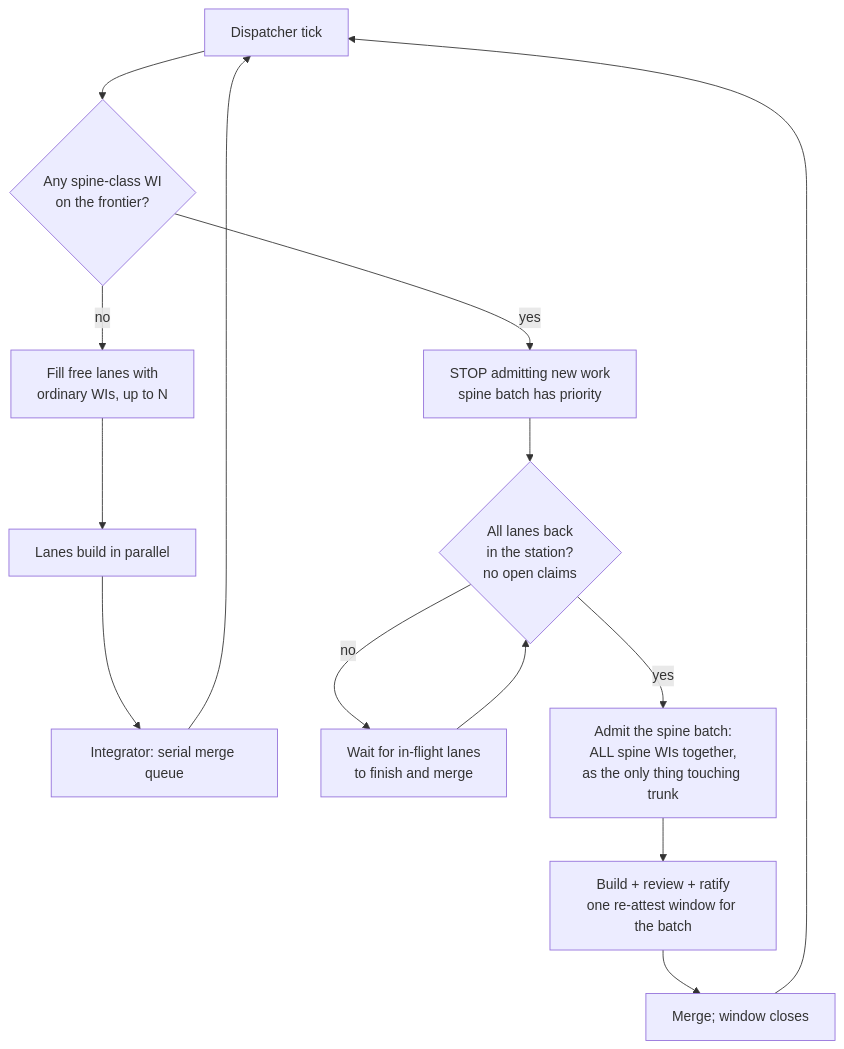
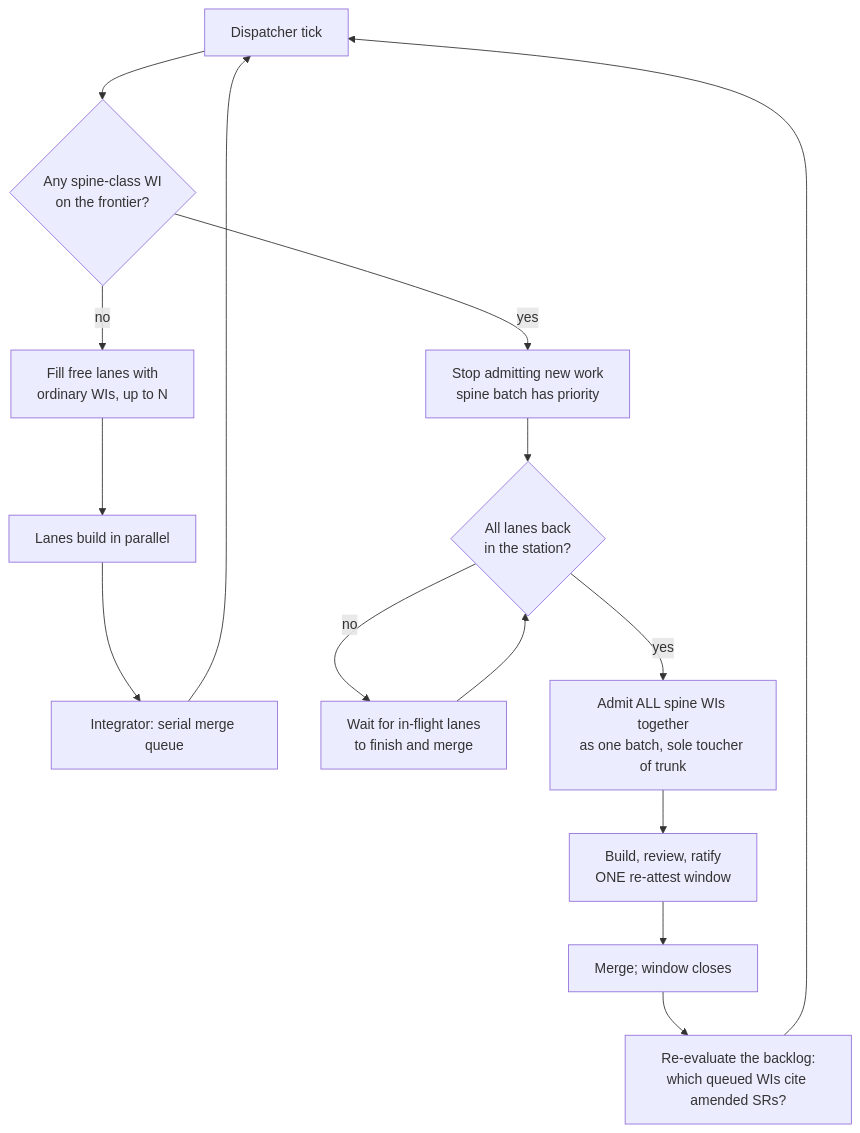
Before and after one commit to diytechy/ai-template: the diagram in docs/concurrency-v2.md, drawn with Mermaid. The commit also changed other lines of this file and 6 other files, not shown here.

````diff
--- a/docs/concurrency-v2.md
+++ b/docs/concurrency-v2.md
@@ -46,17 +59,18 @@
 ```mermaid
 flowchart TD
     A[Dispatcher tick] --> B{Any spine-class WI<br/>on the frontier?}
     B -- no --> C[Fill free lanes with<br/>ordinary WIs, up to N]
     C --> D[Lanes build in parallel]
     D --> E[Integrator: serial merge queue]
     E --> A
 
-    B -- yes --> F[STOP admitting new work<br/>spine batch has priority]
-    F --> G{All lanes back<br/>in the station?<br/>no open claims}
+    B -- yes --> F[Stop admitting new work<br/>spine batch has priority]
+    F --> G{All lanes back<br/>in the station?}
     G -- no --> H[Wait for in-flight lanes<br/>to finish and merge]
     H --> G
-    G -- yes --> I[Admit the spine batch:<br/>ALL spine WIs together,<br/>as the only thing touching trunk]
-    I --> J[Build + review + ratify<br/>one re-attest window for the batch]
+    G -- yes --> I[Admit ALL spine WIs together<br/>as one batch, sole toucher of trunk]
+    I --> J[Build, review, ratify<br/>ONE re-attest window]
     J --> K[Merge; window closes]
-    K --> A
+    K --> L[Re-evaluate the backlog:<br/>which queued WIs cite amended SRs?]
+    L --> A
 ```
````
